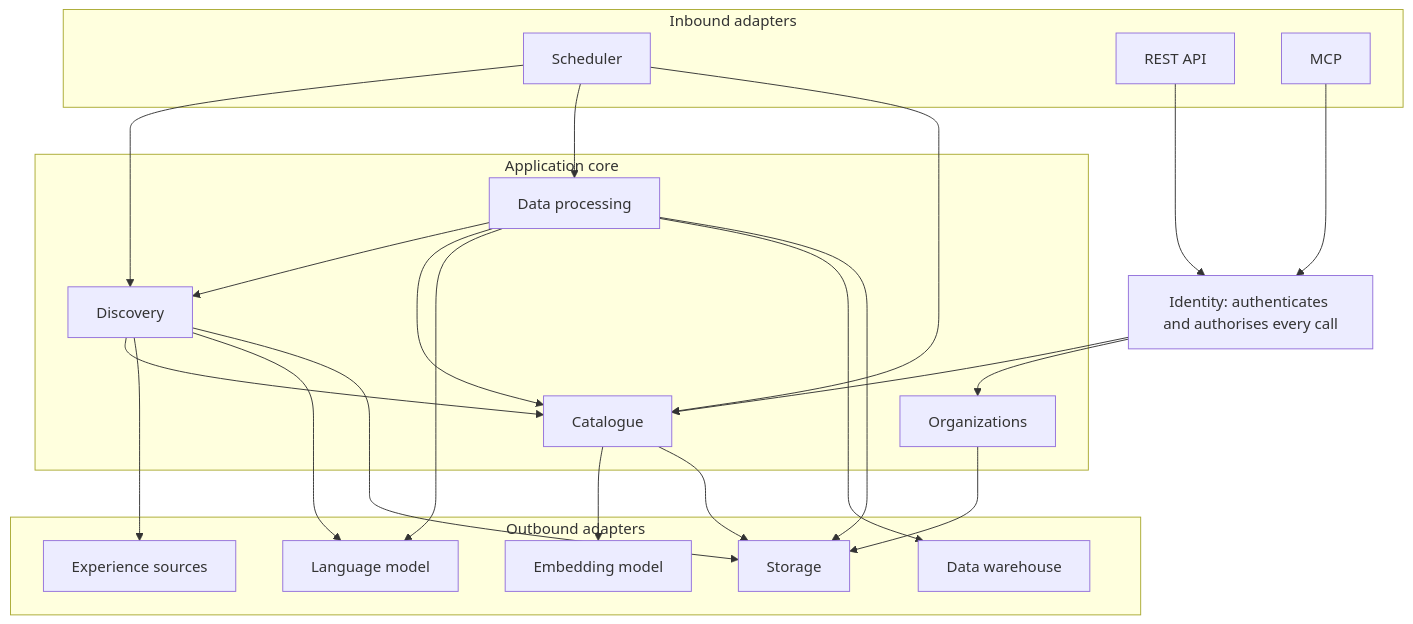
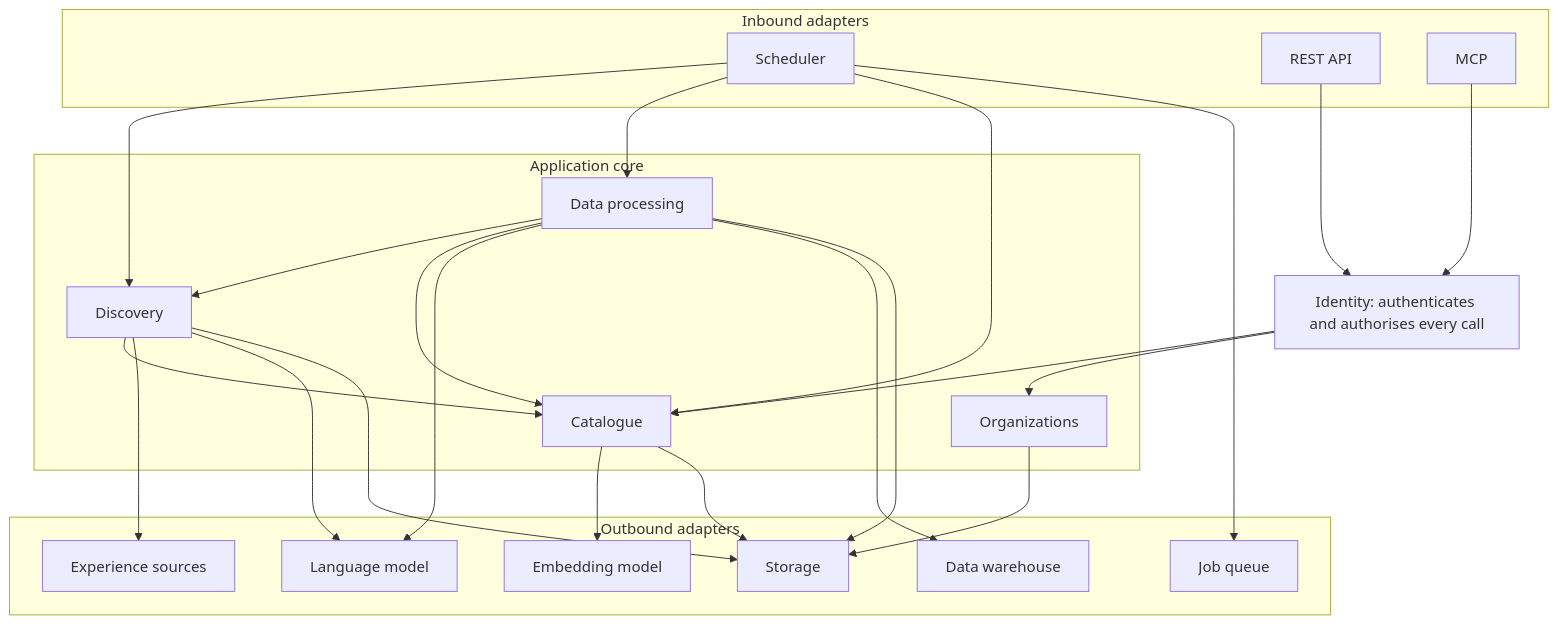
The diagram in docs/architecture.md (mdwt/magic-events), drawn with Mermaid before and after one commit. The commit also changed other lines of this file and 3 other files, not shown here.

Commit message:
Docs: background work runs as jobs behind a job queue port, with pg-boss as the first adapter

````diff
--- a/docs/architecture.md
+++ b/docs/architecture.md
@@ -83,41 +83,43 @@
 ```mermaid
 flowchart TB
   subgraph Inbound adapters
     SCH[Scheduler]
     REST[REST API]
     MCP[MCP]
   end
   ID[Identity: authenticates and authorises every call]
   subgraph Application core
     DIS[Discovery]
     DP[Data processing]
     CAT[Catalogue]
     ORG[Organizations]
   end
   subgraph Outbound adapters
     SRC[Experience sources]
     LM[Language model]
     EM[Embedding model]
     DW[Data warehouse]
     STO[Storage]
+    JQ[Job queue]
   end
   REST --> ID
   MCP --> ID
   ID --> CAT
   ID --> ORG
   SCH --> DIS
   SCH --> DP
   SCH --> CAT
+  SCH --> JQ
   DIS --> CAT
   DP --> DIS
   DP --> CAT
   DIS --> SRC
   DIS --> LM
   DP --> LM
   CAT --> EM
   DP --> DW
   DIS --> STO
   DP --> STO
   CAT --> STO
   ORG --> STO
 ```
````
